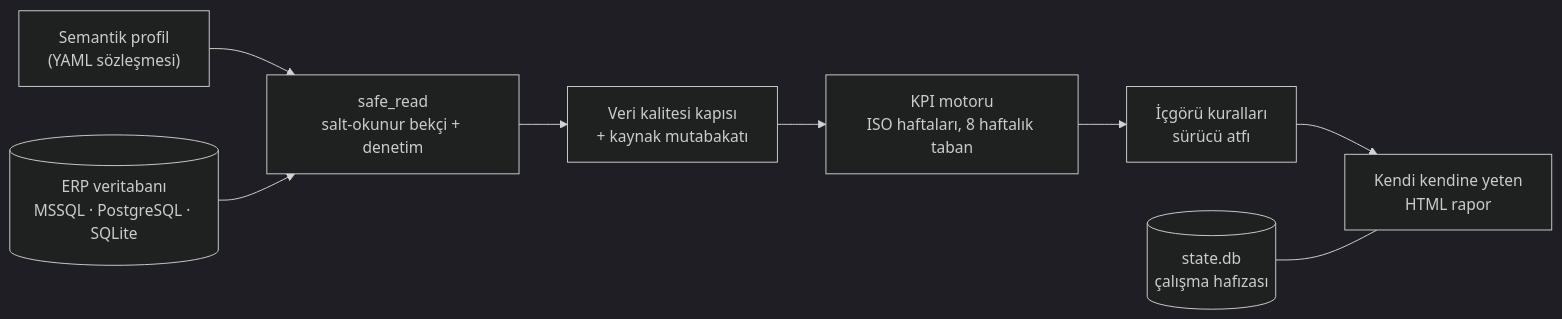
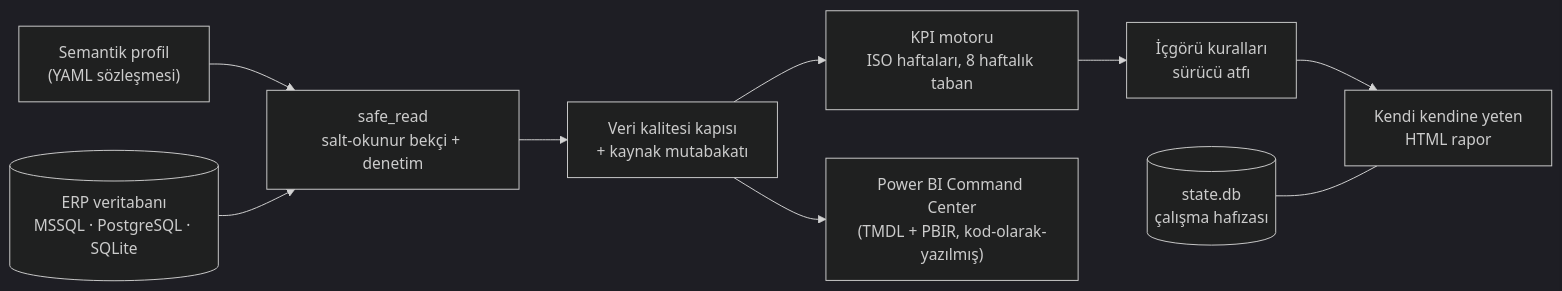
Before and after one commit to gulmezeren2-byte/erp-report-engine: the diagram in README.tr.md, drawn with Mermaid (dark theme). The commit also changed other lines of this file and 73 other files, not shown here.

First line of the commit message:
Add the Power BI Command Center: PBIP project authored as code

````diff
--- a/README.tr.md
+++ b/README.tr.md
@@ -46,15 +46,16 @@
 ```mermaid
 flowchart LR
     DB[("ERP veritabanı<br/>MSSQL · PostgreSQL · SQLite")]
     PROF["Semantik profil<br/>(YAML sözleşmesi)"]
     GUARD["safe_read<br/>salt-okunur bekçi + denetim"]
     GATE["Veri kalitesi kapısı<br/>+ kaynak mutabakatı"]
     KPI["KPI motoru<br/>ISO haftaları, 8 haftalık taban"]
     INS["İçgörü kuralları<br/>sürücü atfı"]
     HTML["Kendi kendine yeten<br/>HTML rapor"]
     STATE[("state.db<br/>çalışma hafızası")]
 
     PROF --> GUARD
     DB --> GUARD --> GATE --> KPI --> INS --> HTML
     STATE --- HTML
+    GATE --> PBI["Power BI Command Center<br/>(TMDL + PBIR, kod-olarak-yazılmış)"]
 ```
````
